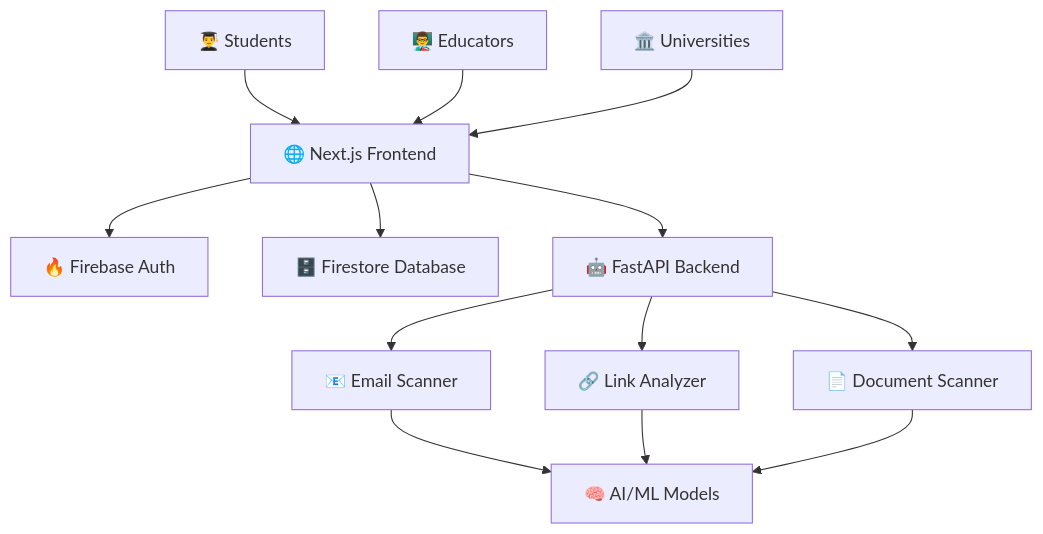
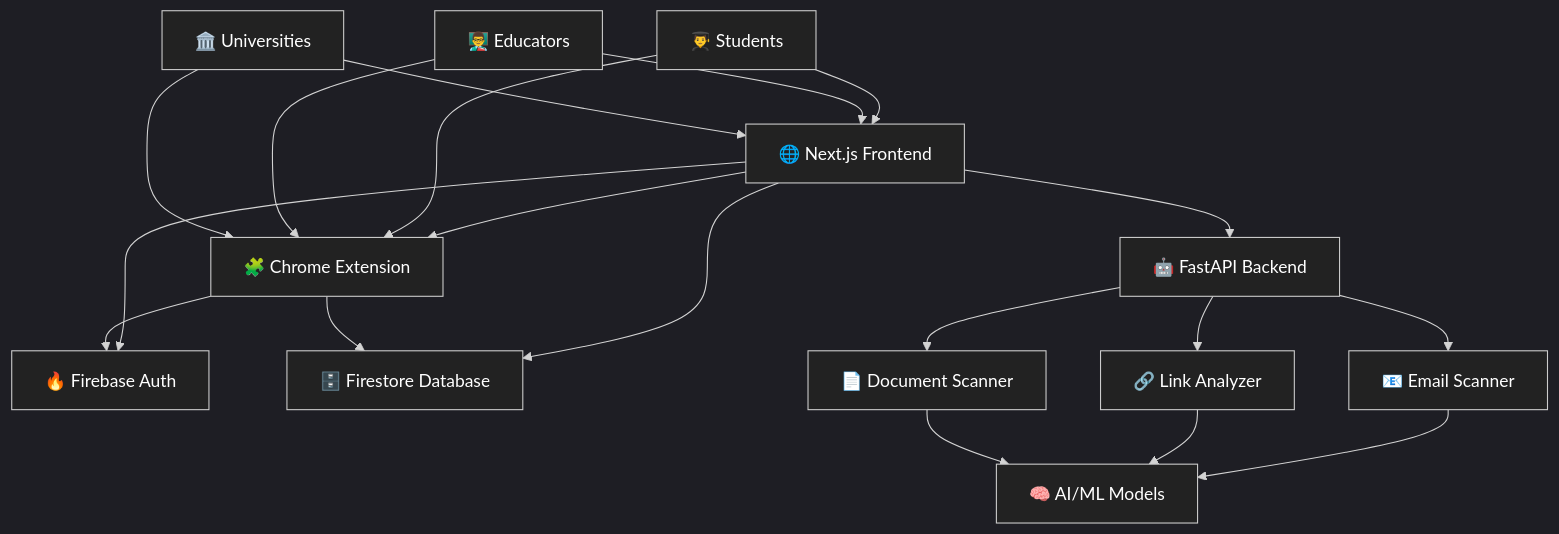
The diagram in README.md (Hari-hara7/PhishGuard), drawn with Mermaid before and after one commit. The commit also changed other lines of this file, not shown here.

````diff
--- a/README.md
+++ b/README.md
@@ -102,18 +104,39 @@
 ```mermaid
+%%{init: {"theme":"dark"}}%%
 graph TB
+    style A fill:#222,color:#fff
+    style B fill:#222,color:#fff
+    style C fill:#222,color:#fff
+    style D fill:#222,color:#fff
+    style E fill:#222,color:#fff
+    style F fill:#222,color:#fff
+    style G fill:#222,color:#fff
+    style H fill:#222,color:#fff
+    style I fill:#222,color:#fff
+    style J fill:#222,color:#fff
+    style K fill:#222,color:#fff
+    style L fill:#222,color:#fff
+
     A[🌐 Next.js Frontend] --> B[🔥 Firebase Auth]
     A --> C[🗄️ Firestore Database]
     A --> D[🤖 FastAPI Backend]
-    
+    A --> L[🧩 Chrome Extension]
+
+    L --> B
+    L --> C
+
     D --> E[📧 Email Scanner]
     D --> F[🔗 Link Analyzer] 
     D --> G[📄 Document Scanner]
-    
+
     E --> H[🧠 AI/ML Models]
     F --> H
     G --> H
-    
+
     I[👨‍🎓 Students] --> A
     J[👨‍🏫 Educators] --> A
     K[🏛️ Universities] --> A
+    I --> L
+    J --> L
+    K --> L
 ```
````
